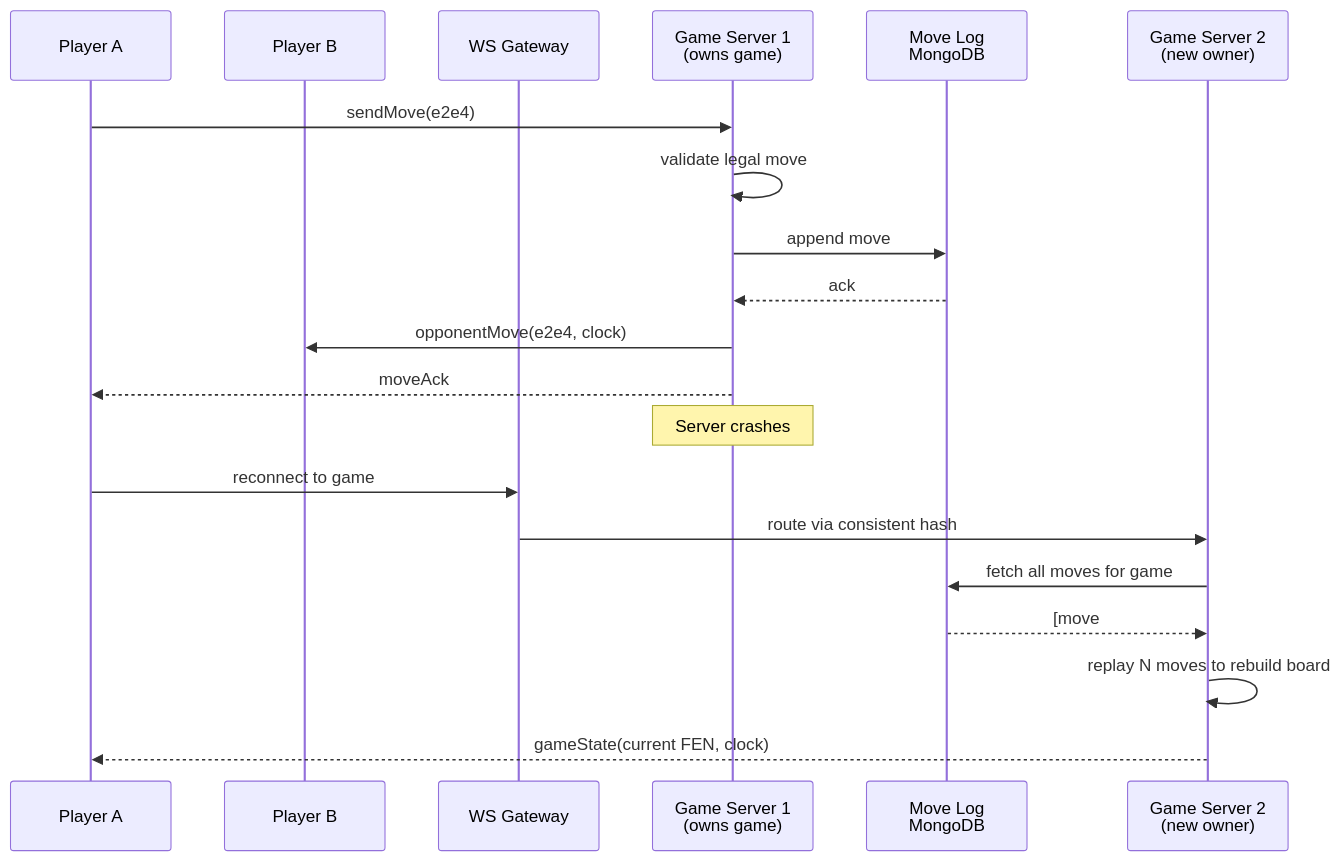
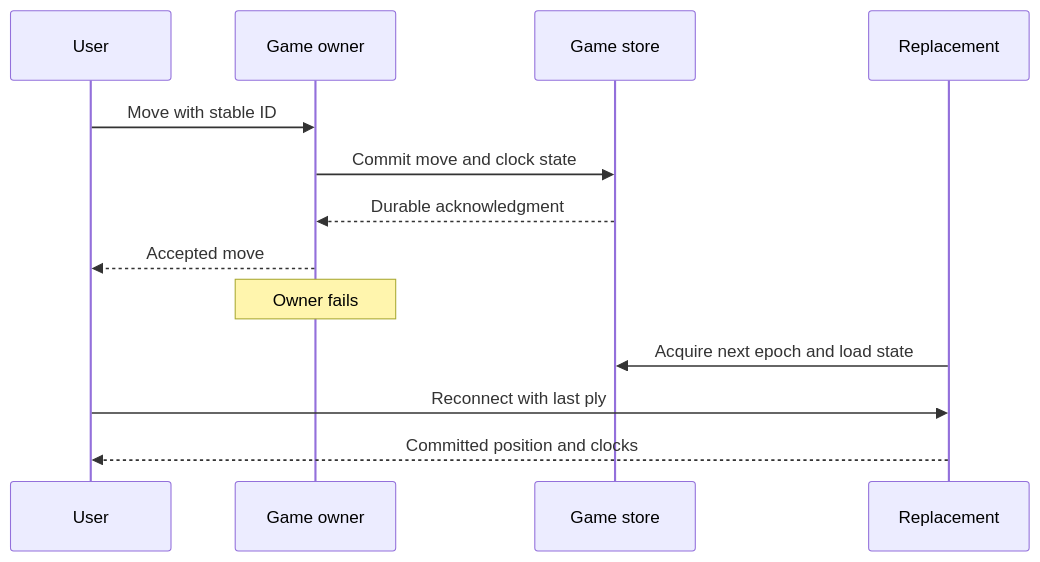
One commit to iliazlobin/iliazlobin.github.io changed the second of 3 diagrams in _designs/system-design-online-chess.md. Above: the diagram before and after it, drawn with Mermaid. The commit also changed other lines of this file and 95 other files, not shown here.

````diff
--- a/_designs/system-design-online-chess.md
+++ b/_designs/system-design-online-chess.md
@@ -299,25 +222,15 @@
 ```mermaid
 sequenceDiagram
-    participant A as Player A
-    participant B as Player B
-    participant GW as WS Gateway
-    participant GS1 as Game Server 1<br/>(owns game)
-    participant DB as Move Log<br/>MongoDB
-    participant GS2 as Game Server 2<br/>(new owner)
-
-    A->>GS1: sendMove(e2e4)
-    GS1->>GS1: validate legal move
-    GS1->>DB: append move #1 (persist first)
-    DB-->>GS1: ack
-    GS1->>B: opponentMove(e2e4, clock)
-    GS1-->>A: moveAck
-
-    Note over GS1: Server crashes
-
-    A->>GW: reconnect to game
-    GW->>GS2: route via consistent hash
-    GS2->>DB: fetch all moves for game
-    DB-->>GS2: [move#1, move#2, ..., move#N]
-    GS2->>GS2: replay N moves to rebuild board
-    GS2-->>A: gameState(current FEN, clock)
+  participant U as User
+  participant A as Game owner
+  participant D as Game store
+  participant B as Replacement
+  U->>A: Move with stable ID
+  A->>D: Commit move and clock state
+  D-->>A: Durable acknowledgment
+  A-->>U: Accepted move
+  Note over A: Owner fails
+  B->>D: Acquire next epoch and load state
+  U->>B: Reconnect with last ply
+  B-->>U: Committed position and clocks
 ```
````
